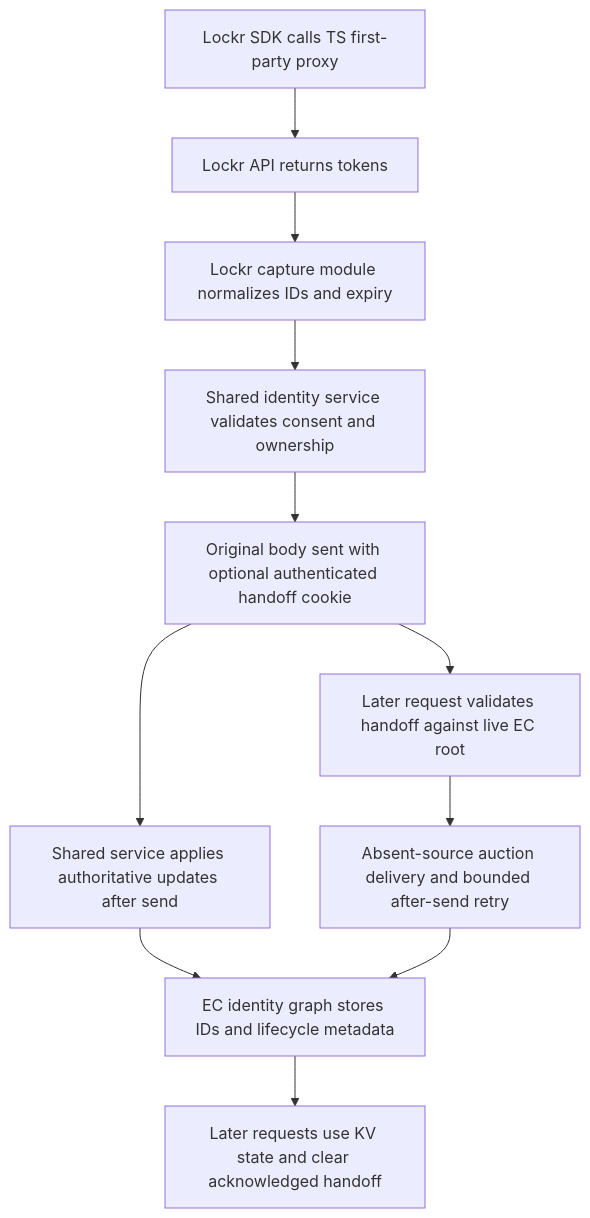
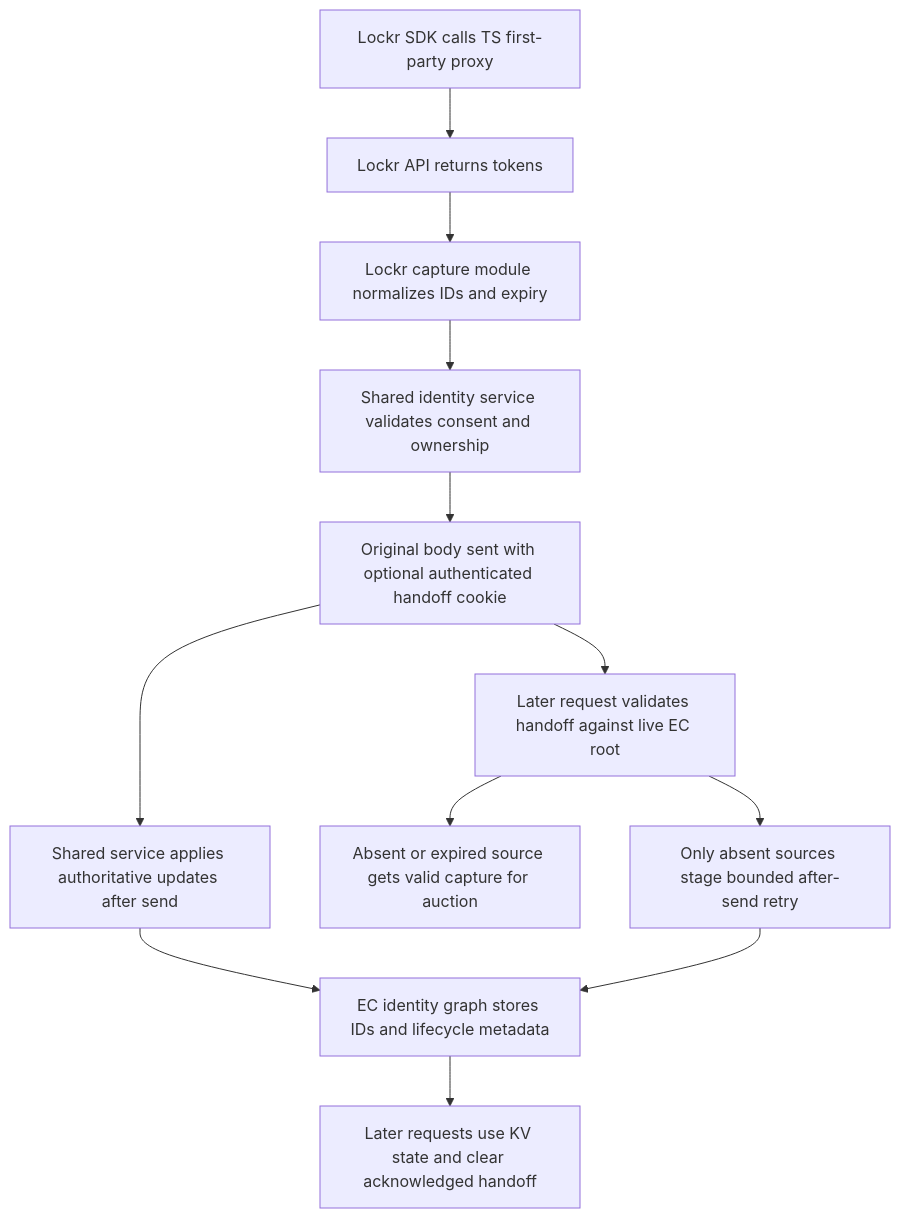
Before and after one commit to IABTechLab/trusted-server: the diagram in docs/superpowers/specs/2026-10-08-lockr-identity-capture-design.md, drawn with Mermaid. The commit also changed other lines of this file and 27 other files, not shown here.

First line of the commit message:
Restore browser EIDs and expired capture fallback

````diff
--- a/docs/superpowers/specs/2026-10-08-lockr-identity-capture-design.md
+++ b/docs/superpowers/specs/2026-10-08-lockr-identity-capture-design.md
@@ -356,13 +374,14 @@
 ```mermaid
 flowchart TD
     A[Lockr SDK calls TS first-party proxy] --> B[Lockr API returns tokens]
     B --> C[Lockr capture module normalizes IDs and expiry]
     C --> D[Shared identity service validates consent and ownership]
     D --> E[Original body sent with optional authenticated handoff cookie]
     E --> F[Shared service applies authoritative updates after send]
     F --> G[EC identity graph stores IDs and lifecycle metadata]
     E --> H[Later request validates handoff against live EC root]
-    H --> I[Absent-source auction delivery and bounded after-send retry]
-    I --> G
+    H --> I[Absent or expired source gets valid capture for auction]
+    H --> K[Only absent sources stage bounded after-send retry]
+    K --> G
     G --> J[Later requests use KV state and clear acknowledged handoff]
 ```
````
